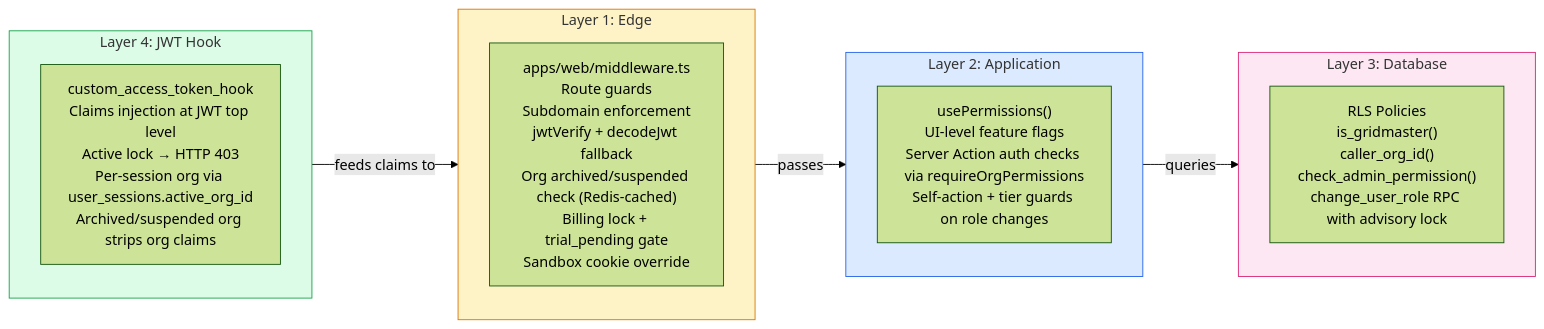
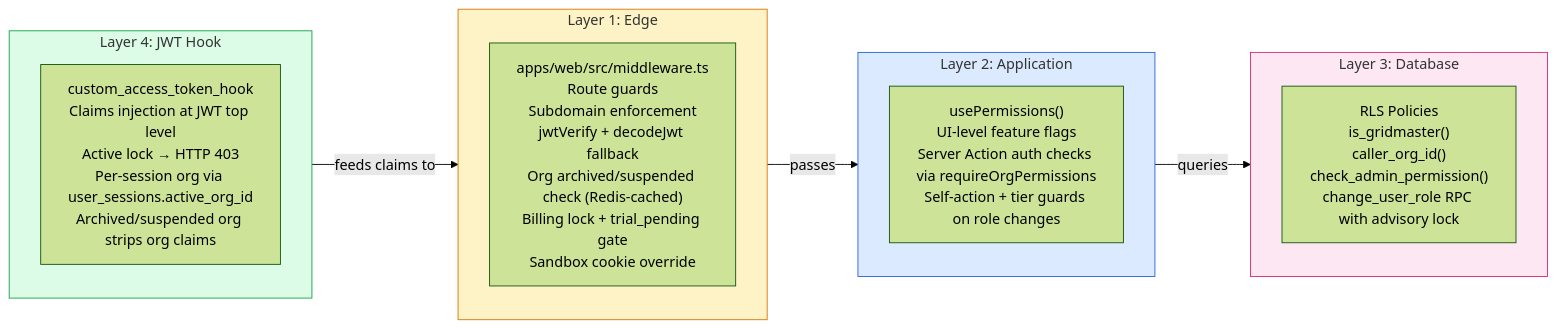
Diagram 17 of 17 in SYSTEM_FLOWCHARTS.md (nickosmas/dub-grid), drawn with Mermaid (forest theme) before and after one commit. The commit also changed other lines of this file and 17 other files, not shown here.

````diff
--- a/SYSTEM_FLOWCHARTS.md
+++ b/SYSTEM_FLOWCHARTS.md
@@ -1310,27 +1310,27 @@
 ```mermaid
 flowchart LR
     subgraph L1["Layer 1: Edge"]
-        MW["apps/web/middleware.ts\nRoute guards\nSubdomain enforcement\njwtVerify + decodeJwt fallback\nOrg archived/suspended check (Redis-cached)\nBilling lock + trial_pending gate\nSandbox cookie override"]
+        MW["apps/web/src/middleware.ts\nRoute guards\nSubdomain enforcement\njwtVerify + decodeJwt fallback\nOrg archived/suspended check (Redis-cached)\nBilling lock + trial_pending gate\nSandbox cookie override"]
     end
 
     subgraph L2["Layer 2: Application"]
         PERMS["usePermissions()\nUI-level feature flags\nServer Action auth checks via requireOrgPermissions\nSelf-action + tier guards on role changes"]
     end
 
     subgraph L3["Layer 3: Database"]
         RLSP["RLS Policies\nis_gridmaster()\ncaller_org_id()\ncheck_admin_permission()\nchange_user_role RPC with advisory lock"]
     end
 
     subgraph L4["Layer 4: JWT Hook"]
         HOOKL["custom_access_token_hook\nClaims injection at JWT top level\nActive lock → HTTP 403\nPer-session org via user_sessions.active_org_id\nArchived/suspended org strips org claims"]
     end
 
     L1 -->|passes| L2
     L2 -->|queries| L3
     L4 -->|feeds claims to| L1
 
     style L1 fill:#fef3c7,stroke:#d97706
     style L2 fill:#dbeafe,stroke:#2563eb
     style L3 fill:#fce7f3,stroke:#db2777
     style L4 fill:#dcfce7,stroke:#16a34a
 ```
````
